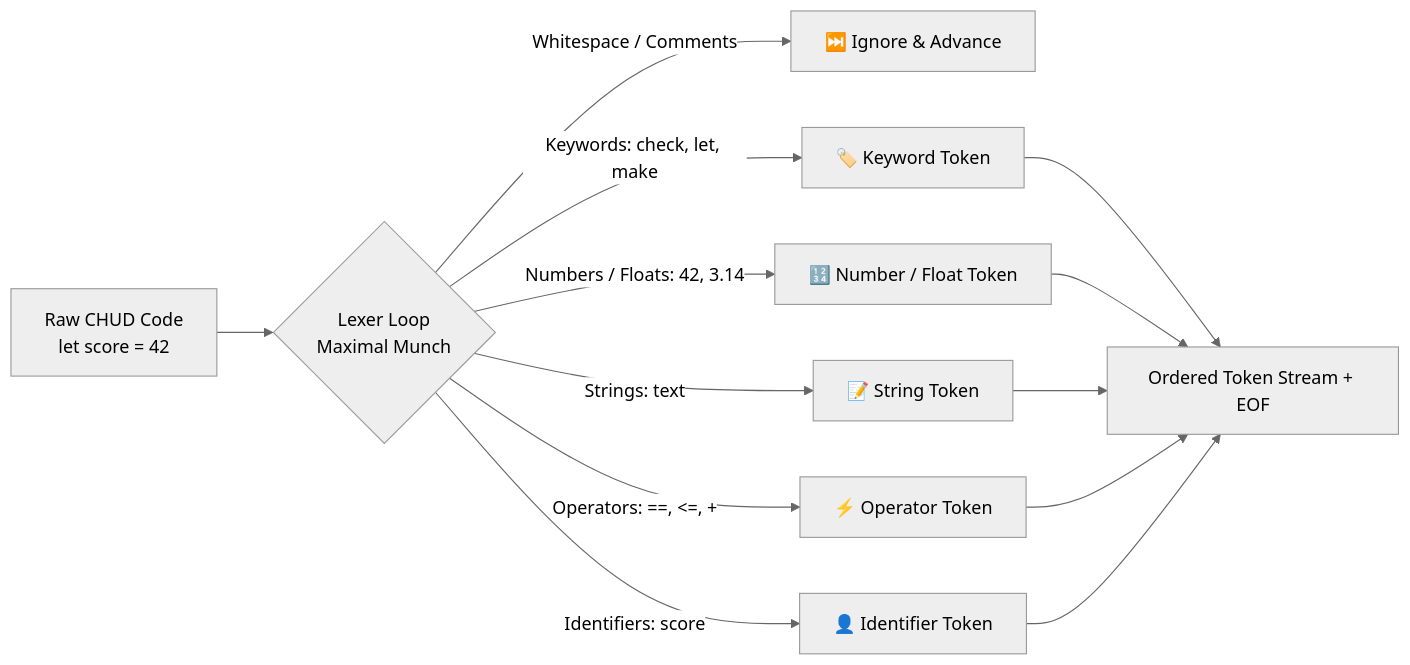
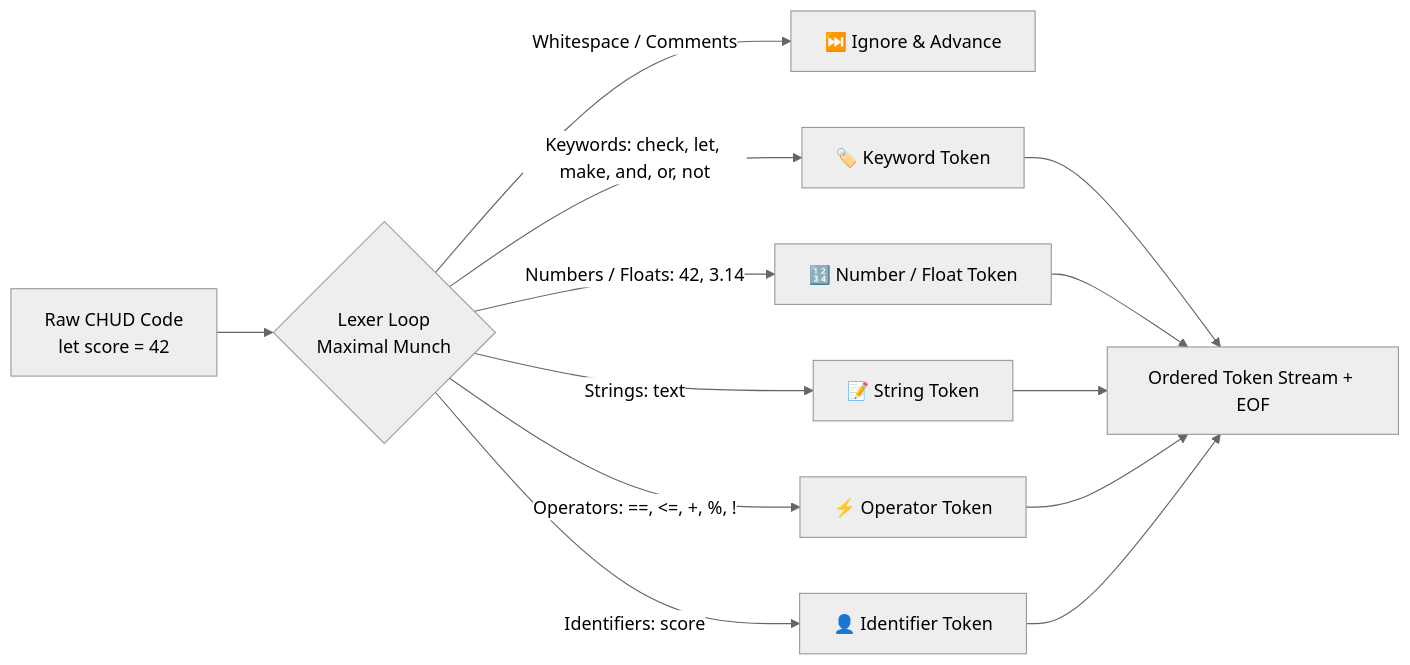
One commit to Humble-Librarian/CHUD changed the second of 6 diagrams in ARCHITECTURE.md. Above: the diagram before and after it, drawn with Mermaid (neutral theme). The commit also changed other lines of this file and 10 other files, not shown here.

Commit message:
feat: add modulo (%), logical not (!/not), and boolean (and/or) operators with short-circuiting

````diff
--- a/ARCHITECTURE.md
+++ b/ARCHITECTURE.md
@@ -43,17 +43,17 @@
 ```mermaid
 flowchart LR
     Raw["Raw CHUD Code<br>let score = 42"] --> Lexer{"Lexer Loop<br>Maximal Munch"}
     
     Lexer -->|Whitespace / Comments| Skip["⏭️ Ignore & Advance"]
-    Lexer -->|Keywords: check, let, make| KW["🏷️ Keyword Token"]
+    Lexer -->|Keywords: check, let, make, and, or, not| KW["🏷️ Keyword Token"]
     Lexer -->|Numbers / Floats: 42, 3.14| Num["🔢 Number / Float Token"]
     Lexer -->|Strings: text| Str["📝 String Token"]
-    Lexer -->|Operators: ==, <=, +| Op["⚡ Operator Token"]
+    Lexer -->|Operators: ==, <=, +, %, !| Op["⚡ Operator Token"]
     Lexer -->|Identifiers: score| Id["👤 Identifier Token"]
     
     KW --> Stream["Ordered Token Stream + EOF"]
     Num --> Stream
     Str --> Stream
     Op --> Stream
     Id --> Stream
 ```
````
